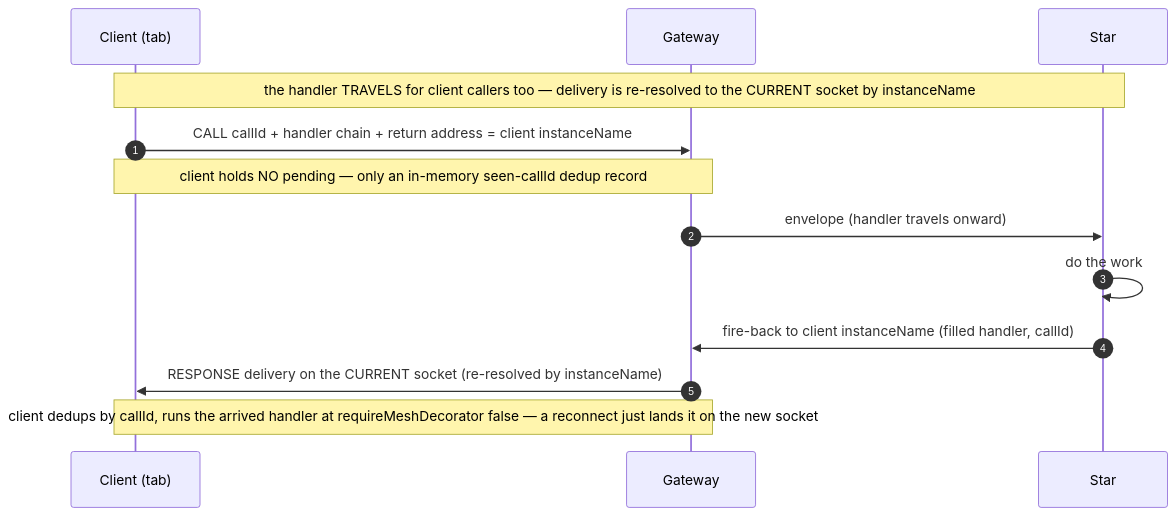
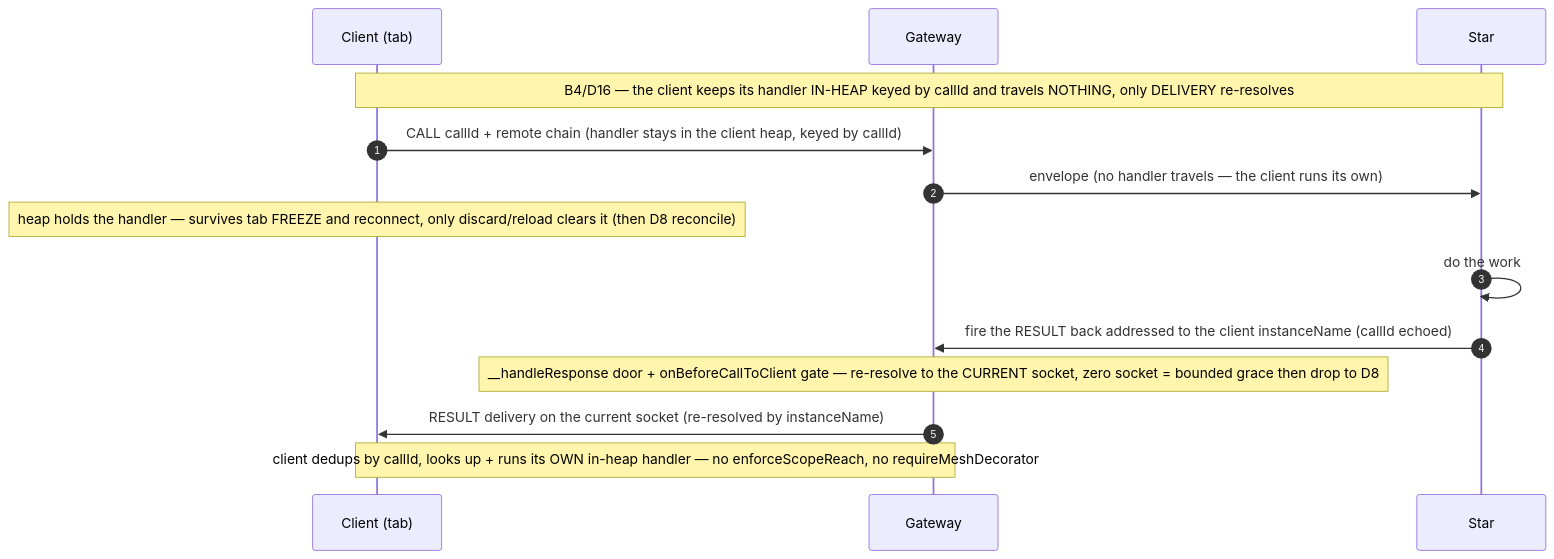
Before and after one commit to lumenize/lumenize: the third of 6 diagrams in tasks/mesh-continuation-only-calls.md, drawn with Mermaid. The commit also changed other lines of this file and 2 other files, not shown here.

````diff
--- a/tasks/mesh-continuation-only-calls.md
+++ b/tasks/mesh-continuation-only-calls.md
@@ -108,15 +116,16 @@
 ```mermaid
 sequenceDiagram
     autonumber
     participant C as Client (tab)
     participant G as Gateway
     participant S as Star
-    Note over C,S: the handler TRAVELS for client callers too — delivery is re-resolved to the CURRENT socket by instanceName
-    C->>G: CALL callId + handler chain + return address = client instanceName
-    Note over C,G: client holds NO pending — only an in-memory seen-callId dedup record
-    G->>S: envelope (handler travels onward)
+    Note over C,S: B4/D16 — the client keeps its handler IN-HEAP keyed by callId and travels NOTHING, only DELIVERY re-resolves
+    C->>G: CALL callId + remote chain (handler stays in the client heap, keyed by callId)
+    G->>S: envelope (no handler travels — the client runs its own)
+    Note over C: heap holds the handler — survives tab FREEZE and reconnect, only discard/reload clears it (then D8 reconcile)
     S->>S: do the work
-    S->>G: fire-back to client instanceName (filled handler, callId)
-    G->>C: RESPONSE delivery on the CURRENT socket (re-resolved by instanceName)
-    Note over C,G: client dedups by callId, runs the arrived handler at requireMeshDecorator false — a reconnect just lands it on the new socket
+    S->>G: fire the RESULT back addressed to the client instanceName (callId echoed)
+    Note over G: __handleResponse door + onBeforeCallToClient gate — re-resolve to the CURRENT socket, zero socket = bounded grace then drop to D8
+    G->>C: RESULT delivery on the current socket (re-resolved by instanceName)
+    Note over C,G: client dedups by callId, looks up + runs its OWN in-heap handler — no enforceScopeReach, no requireMeshDecorator
 ```
````
